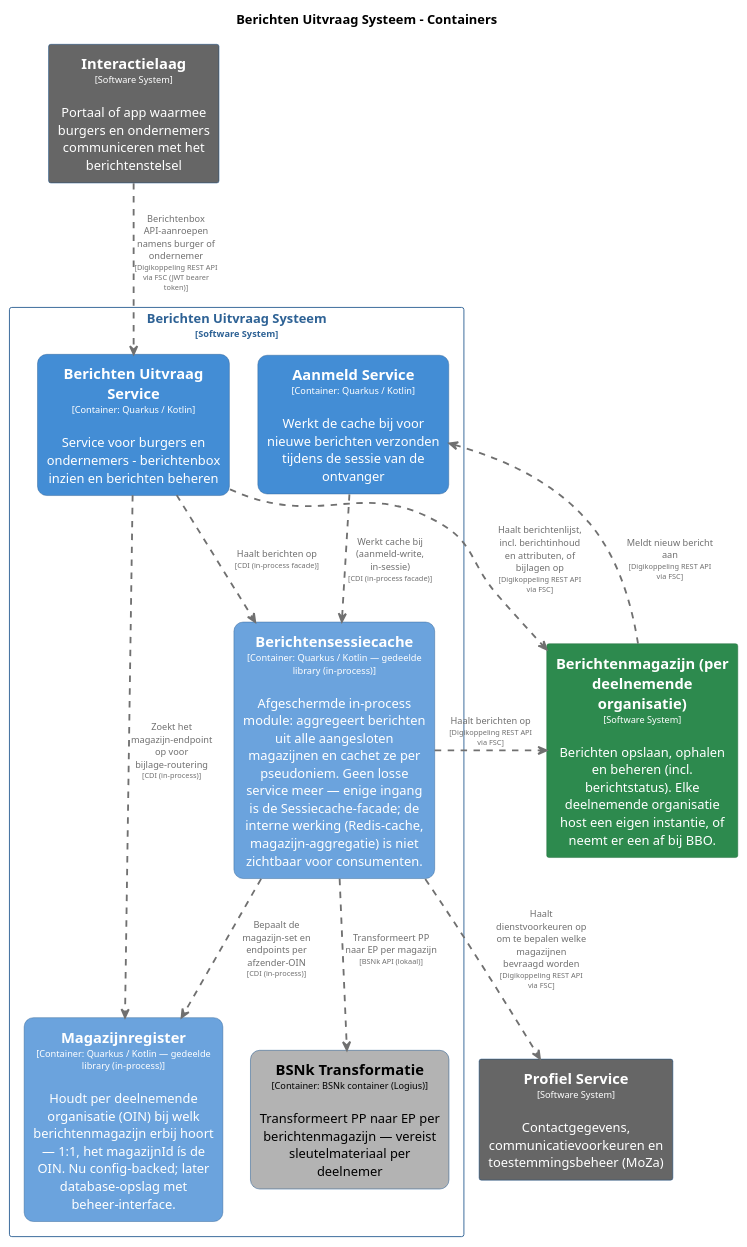
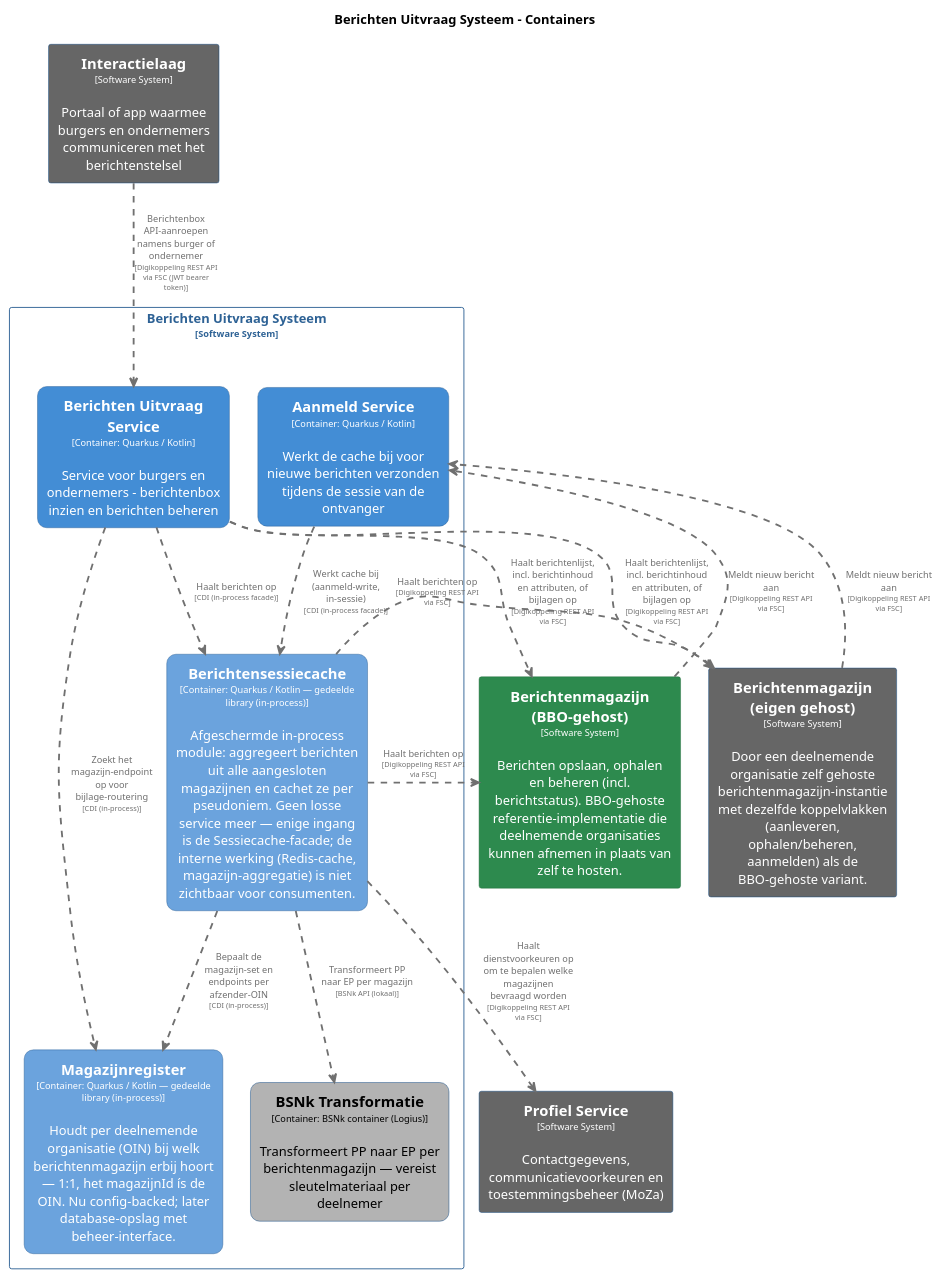
One commit to MinBZK/moza-poc-fbs-berichtenbox changed the diagram in master/puml/BerichtenUitvraagSysteemContainers.puml. Above: the diagram before and after it, drawn with PlantUML. The commit also changed 90 other files, not shown here.

```diff
--- a/master/puml/BerichtenUitvraagSysteemContainers.puml
+++ b/master/puml/BerichtenUitvraagSysteemContainers.puml
@@ -1,99 +1,109 @@
 @startuml
 set separator none
 title Berichten Uitvraag Systeem - Containers
 
 top to bottom direction
 skinparam ranksep 60
 skinparam nodesep 30
 
 skinparam {
   arrowFontSize 10
   defaultTextAlignment center
   wrapWidth 200
   maxMessageSize 100
 }
 
 hide stereotype
 
 skinparam rectangle<<BerichtenUitvraagSysteem.AanmeldService>> {
   BackgroundColor #438dd5
   FontColor #ffffff
   BorderColor #2e6295
   roundCorner 20
   shadowing false
 }
 skinparam rectangle<<BerichtenUitvraagSysteem.BSNkTransformatie>> {
   BackgroundColor #b3b3b3
   FontColor #000000
   BorderColor #0b4884
   roundCorner 20
   shadowing false
 }
 skinparam rectangle<<BerichtenUitvraagSysteem.BerichtenUitvraagService>> {
   BackgroundColor #438dd5
   FontColor #ffffff
   BorderColor #2e6295
   roundCorner 20
   shadowing false
 }
-skinparam rectangle<<Berichtenmagazijnperdeelnemendeorganisatie>> {
+skinparam rectangle<<BerichtenmagazijnBBOgehost>> {
   BackgroundColor #2d8a4e
   FontColor #ffffff
   BorderColor #1e6b38
+  shadowing false
+}
+skinparam rectangle<<Berichtenmagazijneigengehost>> {
+  BackgroundColor #666666
+  FontColor #ffffff
+  BorderColor #0b4884
   shadowing false
 }
 skinparam rectangle<<BerichtenUitvraagSysteem.Berichtensessiecache>> {
   BackgroundColor #6ba3dd
   FontColor #ffffff
   BorderColor #2e6295
   roundCorner 20
   shadowing false
 }
 skinparam rectangle<<Interactielaag>> {
   BackgroundColor #666666
   FontColor #ffffff
   BorderColor #0b4884
   shadowing false
 }
 skinparam rectangle<<BerichtenUitvraagSysteem.Magazijnregister>> {
   BackgroundColor #6ba3dd
   FontColor #ffffff
   BorderColor #2e6295
   roundCorner 20
   shadowing false
 }
 skinparam rectangle<<ProfielService>> {
   BackgroundColor #666666
   FontColor #ffffff
   BorderColor #0b4884
   shadowing false
 }
 skinparam rectangle<<BerichtenUitvraagSysteem>> {
   BorderColor #2e6295
   FontColor #2e6295
   shadowing false
 }
 
 rectangle "==Profiel Service\n<size:10>[Software System]</size>\n\nContactgegevens, communicatievoorkeuren en toestemmingsbeheer (MoZa)" <<ProfielService>> as ProfielService
 rectangle "==Interactielaag\n<size:10>[Software System]</size>\n\nPortaal of app waarmee burgers en ondernemers communiceren met het berichtenstelsel" <<Interactielaag>> as Interactielaag
-rectangle "==Berichtenmagazijn (per deelnemende organisatie)\n<size:10>[Software System]</size>\n\nBerichten opslaan, ophalen en beheren (incl. berichtstatus). Elke deelnemende organisatie host een eigen instantie, of neemt er een af bij BBO." <<Berichtenmagazijnperdeelnemendeorganisatie>> as Berichtenmagazijnperdeelnemendeorganisatie
+rectangle "==Berichtenmagazijn (eigen gehost)\n<size:10>[Software System]</size>\n\nDoor een deelnemende organisatie zelf gehoste berichtenmagazijn-instantie met dezelfde koppelvlakken (aanleveren, ophalen/beheren, aanmelden) als de BBO-gehoste variant." <<Berichtenmagazijneigengehost>> as Berichtenmagazijneigengehost
+rectangle "==Berichtenmagazijn (BBO-gehost)\n<size:10>[Software System]</size>\n\nBerichten opslaan, ophalen en beheren (incl. berichtstatus). BBO-gehoste referentie-implementatie die deelnemende organisaties kunnen afnemen in plaats van zelf te hosten." <<BerichtenmagazijnBBOgehost>> as BerichtenmagazijnBBOgehost
 
 rectangle "Berichten Uitvraag Systeem\n<size:10>[Software System]</size>" <<BerichtenUitvraagSysteem>> {
   rectangle "==Berichtensessiecache\n<size:10>[Container: Quarkus / Kotlin — gedeelde library (in-process)]</size>\n\nAfgeschermde in-process module: aggregeert berichten uit alle aangesloten magazijnen en cachet ze per pseudoniem. Geen losse service meer — enige ingang is de Sessiecache-facade; de interne werking (Redis-cache, magazijn-aggregatie) is niet zichtbaar voor consumenten." <<BerichtenUitvraagSysteem.Berichtensessiecache>> as BerichtenUitvraagSysteem.Berichtensessiecache
   rectangle "==Berichten Uitvraag Service\n<size:10>[Container: Quarkus / Kotlin]</size>\n\nService voor burgers en ondernemers - berichtenbox inzien en berichten beheren" <<BerichtenUitvraagSysteem.BerichtenUitvraagService>> as BerichtenUitvraagSysteem.BerichtenUitvraagService
   rectangle "==BSNk Transformatie\n<size:10>[Container: BSNk container (Logius)]</size>\n\nTransformeert PP naar EP per berichtenmagazijn — vereist sleutelmateriaal per deelnemer" <<BerichtenUitvraagSysteem.BSNkTransformatie>> as BerichtenUitvraagSysteem.BSNkTransformatie
   rectangle "==Aanmeld Service\n<size:10>[Container: Quarkus / Kotlin]</size>\n\nWerkt de cache bij voor nieuwe berichten verzonden tijdens de sessie van de ontvanger" <<BerichtenUitvraagSysteem.AanmeldService>> as BerichtenUitvraagSysteem.AanmeldService
   rectangle "==Magazijnregister\n<size:10>[Container: Quarkus / Kotlin — gedeelde library (in-process)]</size>\n\nHoudt per deelnemende organisatie (OIN) bij welk berichtenmagazijn erbij hoort — 1:1, het magazijnId ís de OIN. Nu config-backed; later database-opslag met beheer-interface." <<BerichtenUitvraagSysteem.Magazijnregister>> as BerichtenUitvraagSysteem.Magazijnregister
 }
 
-BerichtenUitvraagSysteem.BerichtenUitvraagService .[#707070,thickness=2].> Berichtenmagazijnperdeelnemendeorganisatie : "<color:#707070>Haalt berichtenlijst, incl. berichtinhoud en attributen, of bijlagen op\n<color:#707070><size:8>[Digikoppeling REST API via FSC]</size>"
-Berichtenmagazijnperdeelnemendeorganisatie .[#707070,thickness=2].> BerichtenUitvraagSysteem.AanmeldService : "<color:#707070>Meldt nieuw bericht aan\n<color:#707070><size:8>[Digikoppeling REST API via FSC]</size>"
+BerichtenUitvraagSysteem.BerichtenUitvraagService .[#707070,thickness=2].> BerichtenmagazijnBBOgehost : "<color:#707070>Haalt berichtenlijst, incl. berichtinhoud en attributen, of bijlagen op\n<color:#707070><size:8>[Digikoppeling REST API via FSC]</size>"
+BerichtenmagazijnBBOgehost .[#707070,thickness=2].> BerichtenUitvraagSysteem.AanmeldService : "<color:#707070>Meldt nieuw bericht aan\n<color:#707070><size:8>[Digikoppeling REST API via FSC]</size>"
+BerichtenUitvraagSysteem.BerichtenUitvraagService .[#707070,thickness=2].> Berichtenmagazijneigengehost : "<color:#707070>Haalt berichtenlijst, incl. berichtinhoud en attributen, of bijlagen op\n<color:#707070><size:8>[Digikoppeling REST API via FSC]</size>"
+BerichtenUitvraagSysteem.Berichtensessiecache .[#707070,thickness=2].> Berichtenmagazijneigengehost : "<color:#707070>Haalt berichten op\n<color:#707070><size:8>[Digikoppeling REST API via FSC]</size>"
+Berichtenmagazijneigengehost .[#707070,thickness=2].> BerichtenUitvraagSysteem.AanmeldService : "<color:#707070>Meldt nieuw bericht aan\n<color:#707070><size:8>[Digikoppeling REST API via FSC]</size>"
 BerichtenUitvraagSysteem.Berichtensessiecache .[#707070,thickness=2].> ProfielService : "<color:#707070>Haalt dienstvoorkeuren op om te bepalen welke magazijnen bevraagd worden\n<color:#707070><size:8>[Digikoppeling REST API via FSC]</size>"
-BerichtenUitvraagSysteem.Berichtensessiecache .[#707070,thickness=2].> Berichtenmagazijnperdeelnemendeorganisatie : "<color:#707070>Haalt berichten op\n<color:#707070><size:8>[Digikoppeling REST API via FSC]</size>"
+BerichtenUitvraagSysteem.Berichtensessiecache .[#707070,thickness=2].> BerichtenmagazijnBBOgehost : "<color:#707070>Haalt berichten op\n<color:#707070><size:8>[Digikoppeling REST API via FSC]</size>"
 BerichtenUitvraagSysteem.Berichtensessiecache .[#707070,thickness=2].> BerichtenUitvraagSysteem.BSNkTransformatie : "<color:#707070>Transformeert PP naar EP per magazijn\n<color:#707070><size:8>[BSNk API (lokaal)]</size>"
 BerichtenUitvraagSysteem.AanmeldService .[#707070,thickness=2].> BerichtenUitvraagSysteem.Berichtensessiecache : "<color:#707070>Werkt cache bij (aanmeld-write, in-sessie)\n<color:#707070><size:8>[CDI (in-process facade)]</size>"
 BerichtenUitvraagSysteem.BerichtenUitvraagService .[#707070,thickness=2].> BerichtenUitvraagSysteem.Berichtensessiecache : "<color:#707070>Haalt berichten op\n<color:#707070><size:8>[CDI (in-process facade)]</size>"
 BerichtenUitvraagSysteem.Berichtensessiecache .[#707070,thickness=2].> BerichtenUitvraagSysteem.Magazijnregister : "<color:#707070>Bepaalt de magazijn-set en endpoints per afzender-OIN\n<color:#707070><size:8>[CDI (in-process)]</size>"
 BerichtenUitvraagSysteem.BerichtenUitvraagService .[#707070,thickness=2].> BerichtenUitvraagSysteem.Magazijnregister : "<color:#707070>Zoekt het magazijn-endpoint op voor bijlage-routering\n<color:#707070><size:8>[CDI (in-process)]</size>"
 Interactielaag .[#707070,thickness=2].> BerichtenUitvraagSysteem.BerichtenUitvraagService : "<color:#707070>Berichtenbox API-aanroepen namens burger of ondernemer\n<color:#707070><size:8>[Digikoppeling REST API via FSC (JWT bearer token)]</size>"
 @enduml
```
